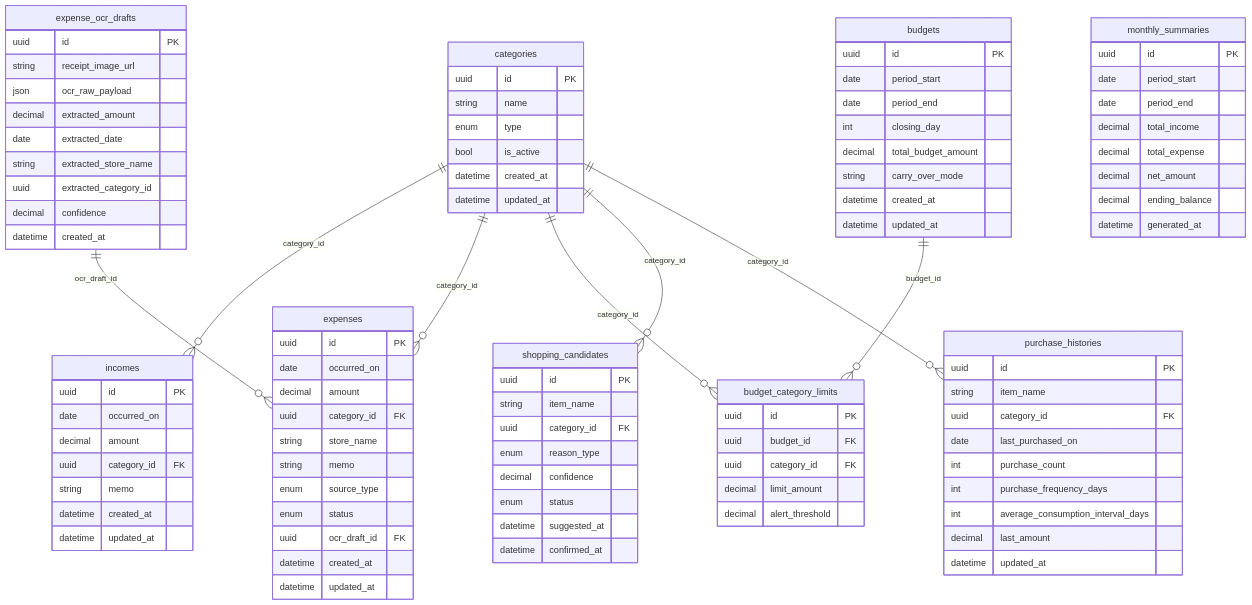
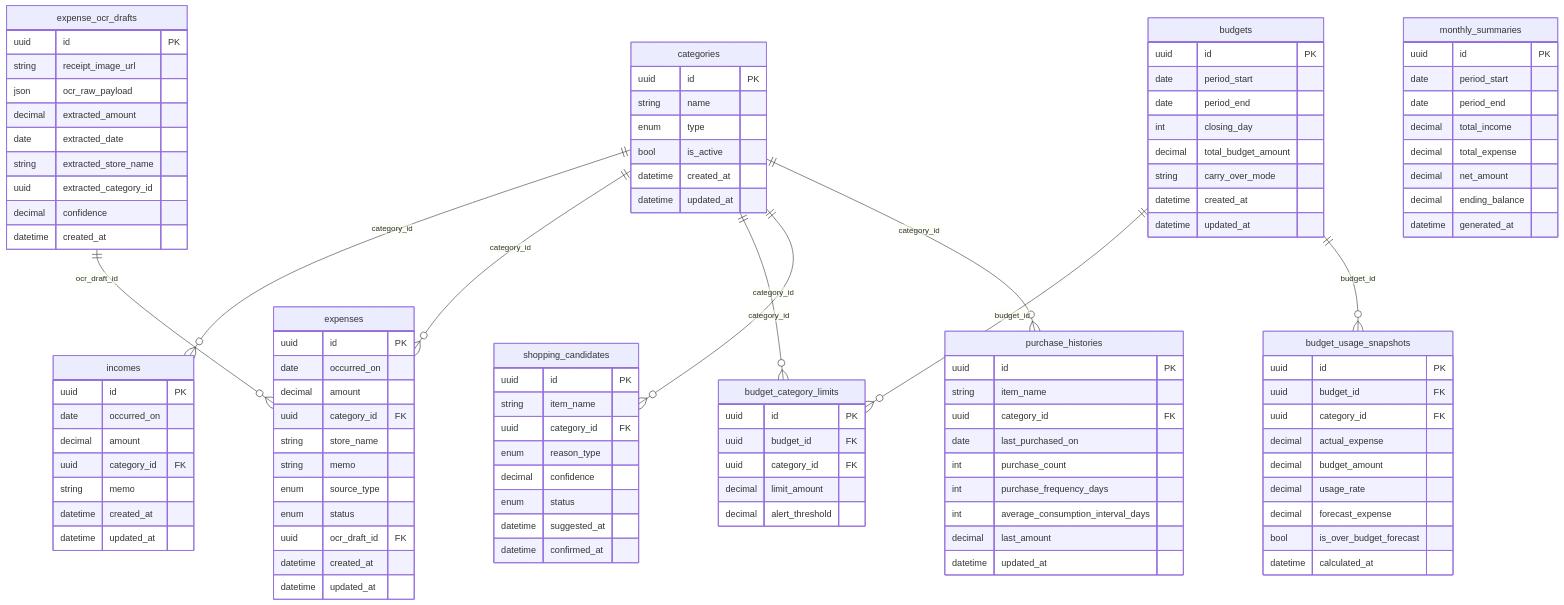
The diagram in docs/ssd/data-model-solo-life-support-v1.md (nigoh/stocko), drawn with Mermaid before and after one commit. The commit also changed other lines of this file and 2 other files, not shown here.

Commit message:
docs: 予算管理MVPの実装仕様を具体化

```diff
--- a/docs/ssd/data-model-solo-life-support-v1.md
+++ b/docs/ssd/data-model-solo-life-support-v1.md
@@ -55,6 +66,7 @@
     categories ||--o{ purchase_histories : "category_id"
 
     budgets ||--o{ budget_category_limits : "budget_id"
+    budgets ||--o{ budget_usage_snapshots : "budget_id"
     expense_ocr_drafts ||--o{ expenses : "ocr_draft_id"
 
     categories {
@@ -121,6 +133,18 @@
       decimal alert_threshold
     }
 
+    budget_usage_snapshots {
+      uuid id PK
+      uuid budget_id FK
+      uuid category_id FK
+      decimal actual_expense
+      decimal budget_amount
+      decimal usage_rate
+      decimal forecast_expense
+      bool is_over_budget_forecast
+      datetime calculated_at
+    }
+
     monthly_summaries {
       uuid id PK
       date period_start
```
